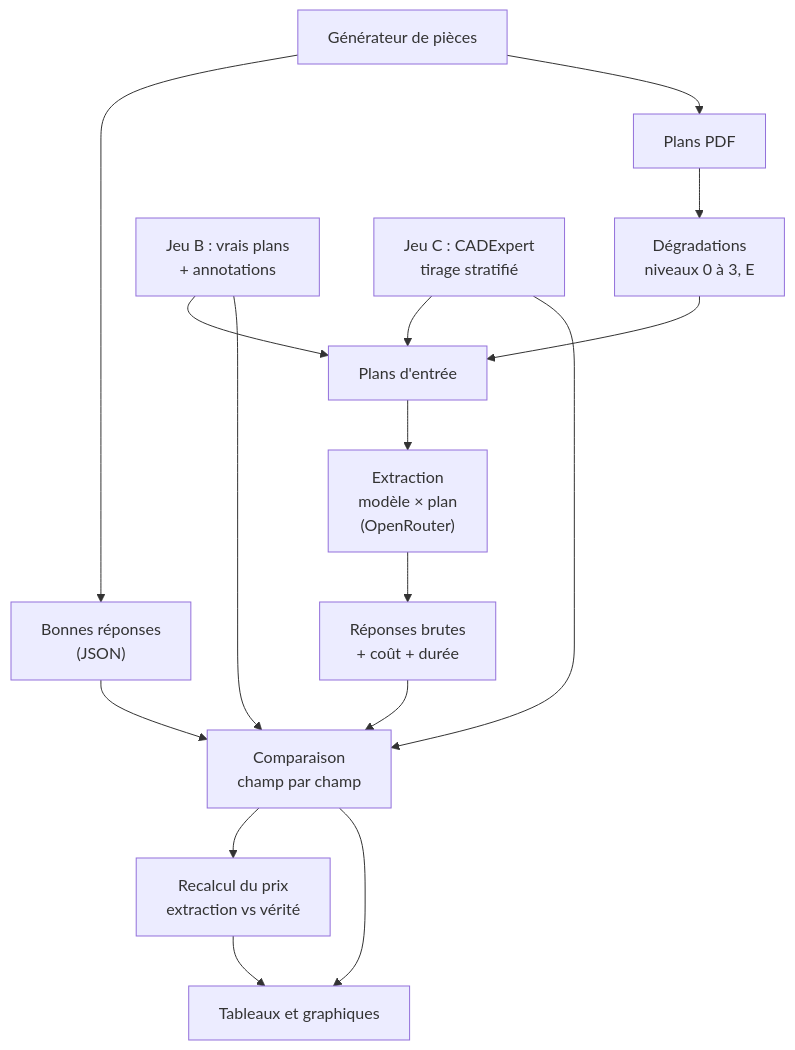
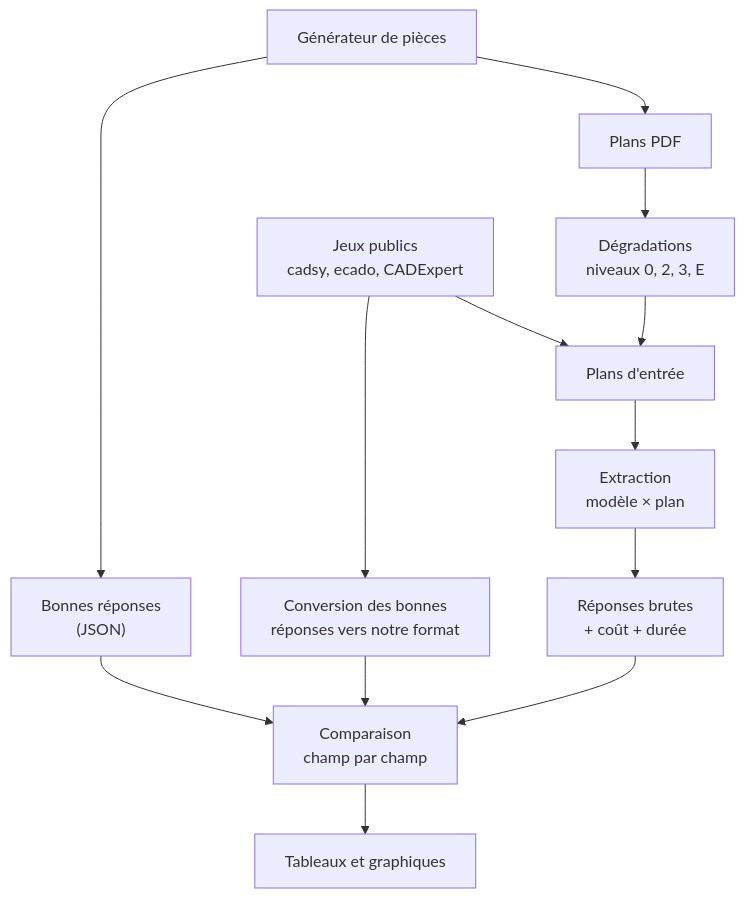
The second of 2 diagrams in docs/evaluation.md (leobouscarrat/generateur_devis), drawn with Mermaid before and after one commit. The commit also changed other lines of this file and 1 other file, not shown here.

Commit message:
Évaluation : jeux Hugging Face (cadsy, ecado), extraction comme indicateur principal, budget réduit

````diff
--- a/docs/evaluation.md
+++ b/docs/evaluation.md
@@ -247,18 +260,15 @@
 ```mermaid
 flowchart TD
     G["Générateur de pièces"] --> GT["Bonnes réponses<br/>(JSON)"]
     G --> P["Plans PDF"]
-    P --> DEG["Dégradations<br/>niveaux 0 à 3, E"]
-    RB["Jeu B : vrais plans<br/>+ annotations"] --> IN
-    CX["Jeu C : CADExpert<br/>tirage stratifié"] --> IN
+    P --> DEG["Dégradations<br/>niveaux 0, 2, 3, E"]
+    PUB["Jeux publics<br/>cadsy, ecado, CADExpert"] --> CONV["Conversion des bonnes<br/>réponses vers notre format"]
     DEG --> IN["Plans d'entrée"]
-    IN --> RUN["Extraction<br/>modèle × plan<br/>(OpenRouter)"]
+    PUB --> IN
+    IN --> RUN["Extraction<br/>modèle × plan"]
     RUN --> RAW["Réponses brutes<br/>+ coût + durée"]
     RAW --> CMP["Comparaison<br/>champ par champ"]
     GT --> CMP
-    RB --> CMP
-    CX --> CMP
-    CMP --> PRIX["Recalcul du prix<br/>extraction vs vérité"]
+    CONV --> CMP
     CMP --> RES["Tableaux et graphiques"]
-    PRIX --> RES
 ```
````
